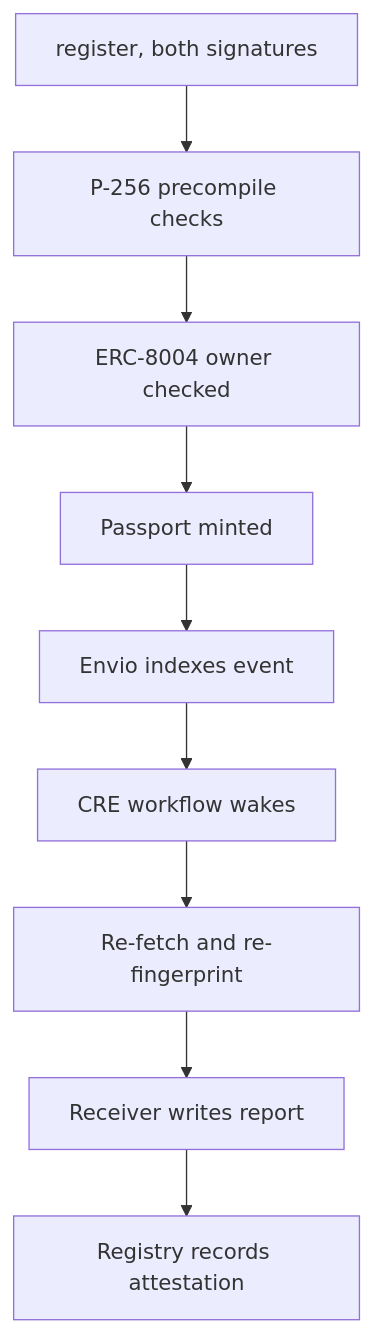
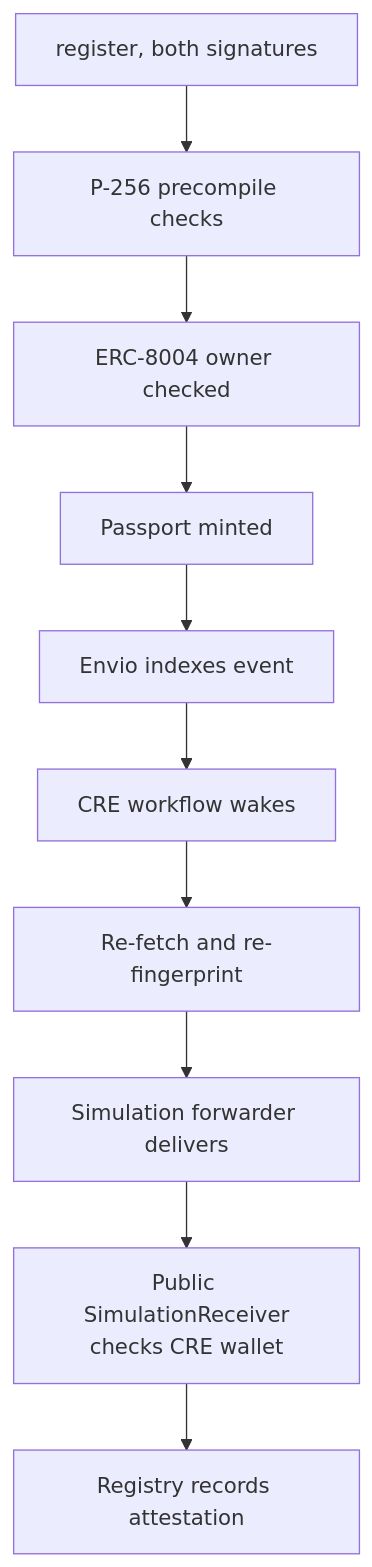
One commit to ramakrishnanhulk20/Moolam changed the sixth of 12 diagrams in docs/developers/architecture.md. Above: the diagram before and after it, drawn with Mermaid. The commit also changed other lines of this file and 28 other files, not shown here.

````diff
--- a/docs/developers/architecture.md
+++ b/docs/developers/architecture.md
@@ -145,11 +160,12 @@
 ```mermaid phone "Half two: one transaction, then the re-check that follows it."
 flowchart TD
     B1[register, both signatures] --> B2[P-256 precompile checks]
     B2 --> B3[ERC-8004 owner checked]
     B3 --> B4[Passport minted]
     B4 --> B5[Envio indexes event]
     B5 --> B6[CRE workflow wakes]
     B6 --> B7[Re-fetch and re-fingerprint]
-    B7 --> B8[Receiver writes report]
-    B8 --> B9[Registry records attestation]
+    B7 --> B8[Simulation forwarder delivers]
+    B8 --> B9[Public SimulationReceiver<br/>checks CRE wallet]
+    B9 --> B10[Registry records attestation]
 ```
````
